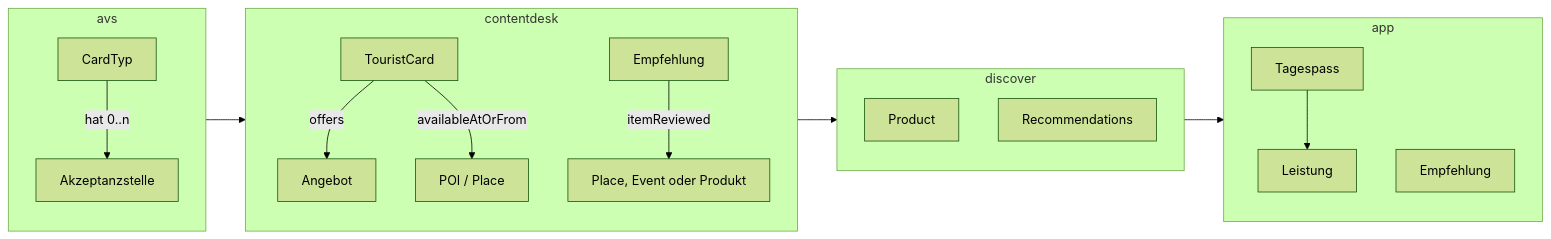
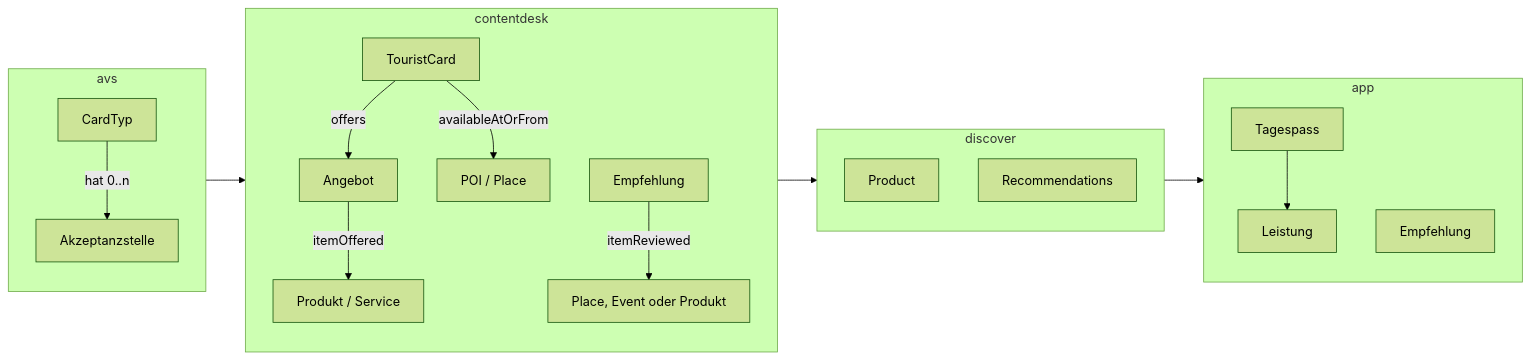
The second of 7 diagrams in docs/dev/projects/glarnerlandApp.md (tsolenthaler/docs.contentdesk.io), drawn with Mermaid (forest theme) before and after one commit.

Commit message:
Refactor class diagram and add association between Angebot and Angebot2

````diff
--- a/docs/dev/projects/glarnerlandApp.md
+++ b/docs/dev/projects/glarnerlandApp.md
@@ -38,27 +38,28 @@
 ``` mermaid
 graph LR
     subgraph avs
         direction TB
         CardTyp --> | hat 0..n| Akzeptanzstelle
     end
     subgraph contentdesk
         direction TB
         TouristCard --> |offers| Angebot
         TouristCard --> |availableAtOrFrom| Ort["POI / Place"]
+        Angebot --> |itemOffered| Angebot2["Produkt / Service"]
         Empfehlung --> |itemReviewed| item["Place, Event oder Produkt"]
     end
     subgraph discover
         direction TB
         Product
         Recommendations
     end
     subgraph app
         direction TB
         Tagespass --> Leistung
         Content["Empfehlung"]
     end
 
     avs --> contentdesk
     contentdesk --> discover
     discover --> app
 ```
````
